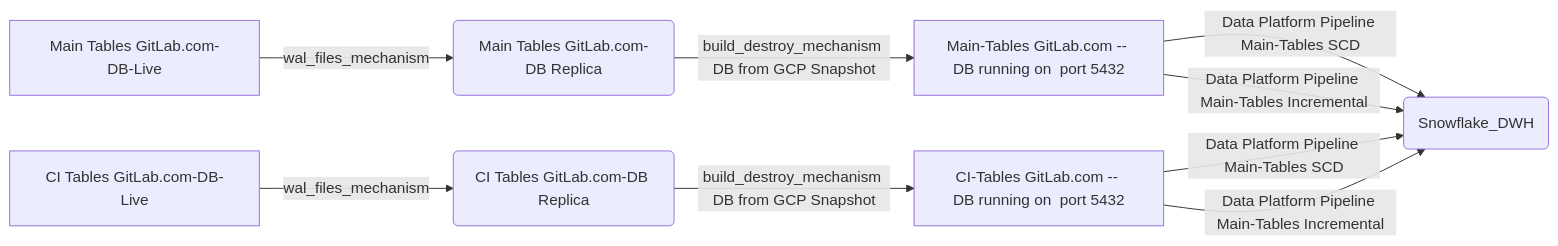
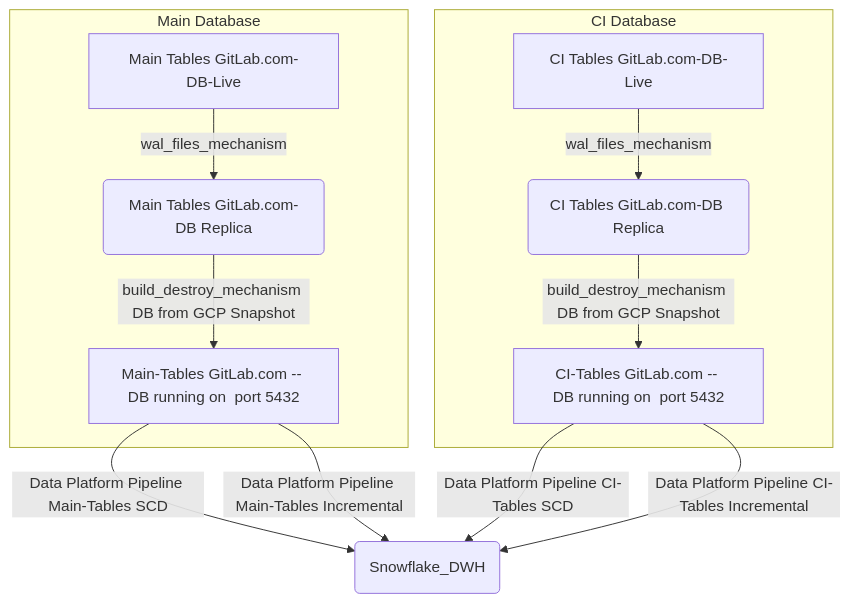
The diagram in business-technology/data-team/platform/pipelines/index.html.md (secretstartups/handbook), drawn with Mermaid before and after one commit.

Commit message:
Changed graph to TD and  corrected description

````diff
--- a/business-technology/data-team/platform/pipelines/index.html.md
+++ b/business-technology/data-team/platform/pipelines/index.html.md
@@ -22,12 +22,19 @@
 ```mermaid
-graph LR;
-A[Main Tables GitLab.com-DB-Live] -->|wal_files_mechanism| B(Main Tables GitLab.com-DB Replica) 
+graph TD;
+subgraph Main Database
+    A[Main Tables GitLab.com-DB-Live] -->|wal_files_mechanism| B(Main Tables GitLab.com-DB Replica) 
     B --> |build_destroy_mechanism DB from GCP Snapshot | C[Main-Tables GitLab.com -- DB running on  port 5432]
-        C --> | Data Platform Pipeline Main-Tables SCD| E(Snowflake_DWH)
-        C --> | Data Platform Pipeline Main-Tables Incremental| E(Snowflake_DWH)
+  
+end
 
+subgraph CI Database
 F[CI Tables GitLab.com-DB-Live] -->|wal_files_mechanism| G(CI Tables GitLab.com-DB Replica)     
     G --> |build_destroy_mechanism DB from GCP Snapshot | H[CI-Tables GitLab.com -- DB running on  port 5432]
-        H --> | Data Platform Pipeline Main-Tables SCD| E(Snowflake_DWH)
-        H --> | Data Platform Pipeline Main-Tables Incremental| E(Snowflake_DWH) 
+
+end
+
+C --> | Data Platform Pipeline Main-Tables SCD| E(Snowflake_DWH)
+C --> | Data Platform Pipeline Main-Tables Incremental| E(Snowflake_DWH)
+H --> | Data Platform Pipeline CI-Tables SCD| E(Snowflake_DWH)
+H --> | Data Platform Pipeline CI-Tables Incremental| E(Snowflake_DWH)  
 ```
````
